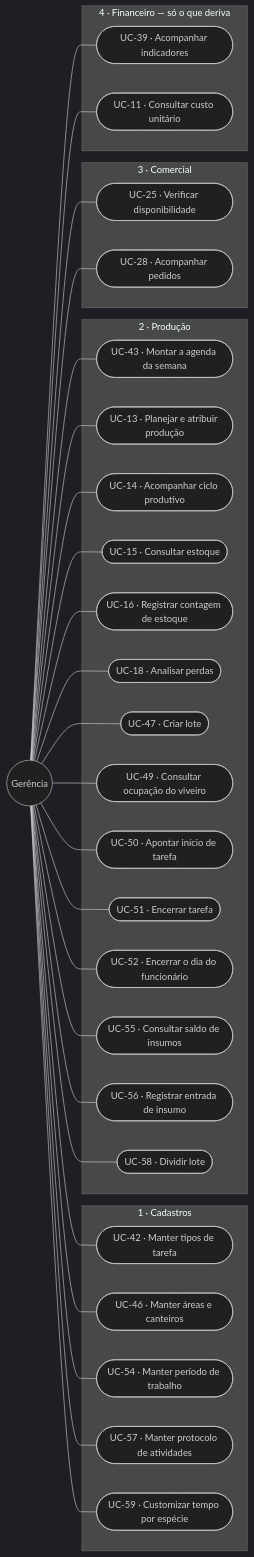
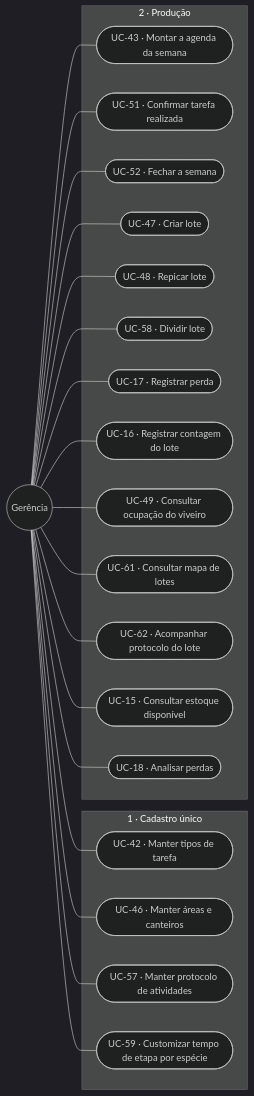
One commit to JoaoMudar/tcc changed the third of 4 diagrams in docs/engenharia/C-modelagem/C1-diagrama-casos-de-uso.md. Above: the diagram before and after it, drawn with Mermaid (dark theme). The commit also changed other lines of this file and 1 other file, not shown here.

````diff
--- a/docs/engenharia/C-modelagem/C1-diagrama-casos-de-uso.md
+++ b/docs/engenharia/C-modelagem/C1-diagrama-casos-de-uso.md
@@ -213,63 +169,45 @@
 ```mermaid
 graph LR
   GE(("Gerência"))
 
-  subgraph M1["1 · Cadastros"]
+  subgraph M1["1 · Cadastro único"]
     UC42(["UC-42 · Manter tipos de tarefa"])
     UC46(["UC-46 · Manter áreas e canteiros"])
-    UC54(["UC-54 · Manter período de trabalho"])
     UC57(["UC-57 · Manter protocolo de atividades"])
-    UC59(["UC-59 · Customizar tempo por espécie"])
+    UC59(["UC-59 · Customizar tempo de etapa por espécie"])
   end
 
   subgraph M2["2 · Produção"]
     UC43(["UC-43 · Montar a agenda da semana"])
-    UC13(["UC-13 · Planejar e atribuir produção"])
-    UC14(["UC-14 · Acompanhar ciclo produtivo"])
-    UC15(["UC-15 · Consultar estoque"])
-    UC16(["UC-16 · Registrar contagem de estoque"])
-    UC18b(["UC-18 · Analisar perdas"])
+    UC51(["UC-51 · Confirmar tarefa realizada"])
+    UC52(["UC-52 · Fechar a semana"])
     UC47(["UC-47 · Criar lote"])
+    UC48(["UC-48 · Repicar lote"])
+    UC58(["UC-58 · Dividir lote"])
+    UC17(["UC-17 · Registrar perda"])
+    UC16(["UC-16 · Registrar contagem do lote"])
     UC49(["UC-49 · Consultar ocupação do viveiro"])
-    UC50(["UC-50 · Apontar início de tarefa"])
-    UC51(["UC-51 · Encerrar tarefa"])
-    UC52(["UC-52 · Encerrar o dia do funcionário"])
-    UC55(["UC-55 · Consultar saldo de insumos"])
-    UC56(["UC-56 · Registrar entrada de insumo"])
-    UC58(["UC-58 · Dividir lote"])
-  end
-
-  subgraph M3["3 · Comercial"]
-    UC25(["UC-25 · Verificar disponibilidade"])
-    UC28b(["UC-28 · Acompanhar pedidos"])
-  end
-
-  subgraph M4["4 · Financeiro &mdash; só o que deriva"]
-    UC39b(["UC-39 · Acompanhar indicadores"])
-    UC11b(["UC-11 · Consultar custo unitário"])
+    UC61(["UC-61 · Consultar mapa de lotes"])
+    UC62(["UC-62 · Acompanhar protocolo do lote"])
+    UC15(["UC-15 · Consultar estoque disponível"])
+    UC18(["UC-18 · Analisar perdas"])
   end
 
   GE --- UC42
   GE --- UC46
-  GE --- UC54
   GE --- UC57
   GE --- UC59
-  GE --- UC58
   GE --- UC43
-  GE --- UC47
-  GE --- UC49
-  GE --- UC50
   GE --- UC51
   GE --- UC52
-  GE --- UC55
-  GE --- UC56
-  GE --- UC13
-  GE --- UC14
+  GE --- UC47
+  GE --- UC48
+  GE --- UC58
+  GE --- UC17
+  GE --- UC16
+  GE --- UC49
+  GE --- UC61
+  GE --- UC62
   GE --- UC15
-  GE --- UC16
-  GE --- UC25
-  GE --- UC28b
-  GE --- UC18b
-  GE --- UC39b
-  GE --- UC11b
+  GE --- UC18
 ```
````
